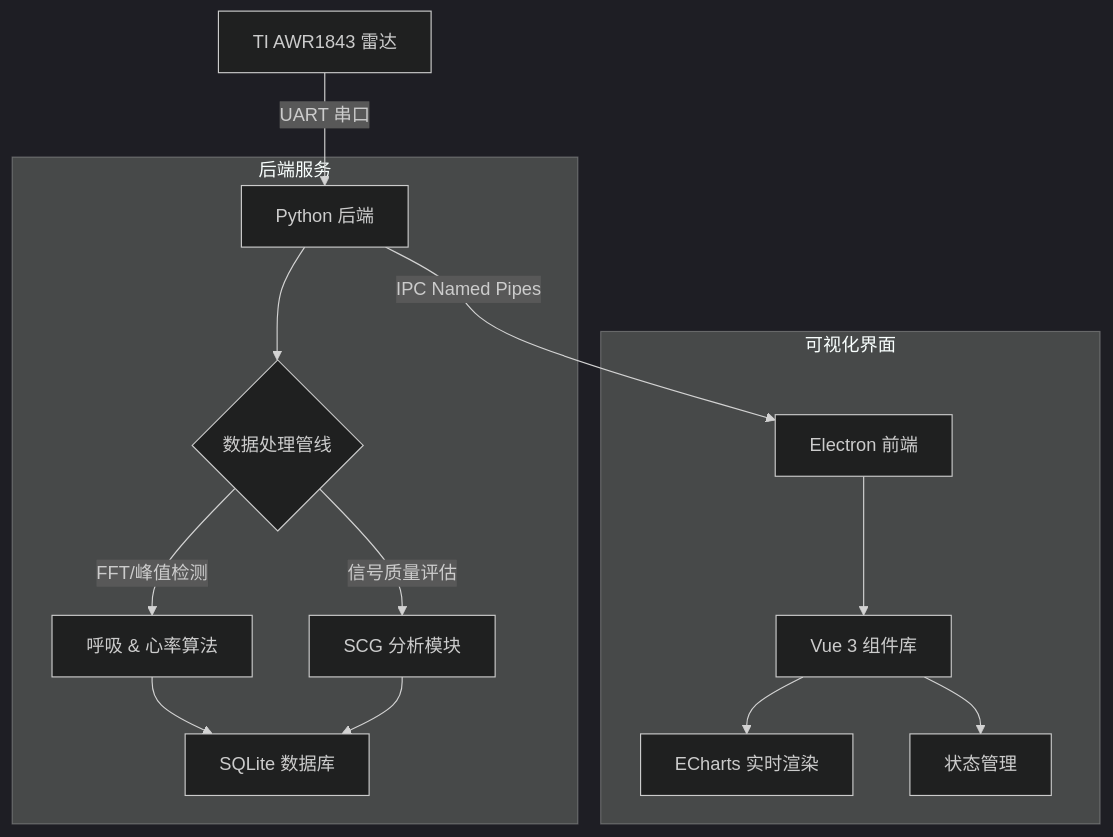
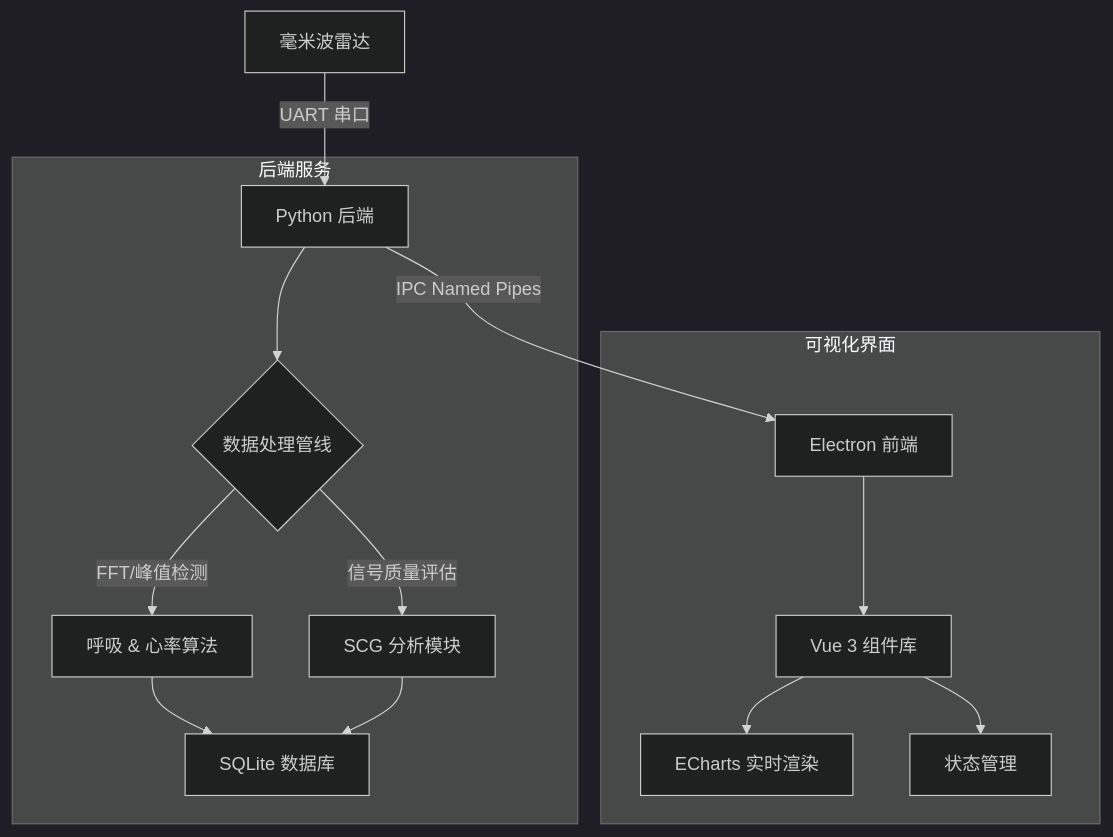
One commit to PINKCONCRETE/Millimeter-wave-Respiratory-and-Heart-Rate-Monitoring-Device changed the diagram in README.md. Above: the diagram before and after it, drawn with Mermaid (dark theme). The commit also changed other lines of this file, not shown here.

````diff
--- a/README.md
+++ b/README.md
@@ -48,17 +48,17 @@
 ```mermaid
 graph TD
-    A[TI AWR1843 雷达] -->|UART 串口| B[Python 后端]
+    A[毫米波雷达] -->|UART 串口| B[Python 后端]
     subgraph Backend [后端服务]
         B --> C{数据处理管线}
         C -->|FFT/峰值检测| D[呼吸 & 心率算法]
         C -->|信号质量评估| E[SCG 分析模块]
         D --> F[SQLite 数据库]
         E --> F
     end
     B -->|IPC Named Pipes| G[Electron 前端]
     subgraph Frontend [可视化界面]
         G --> H[Vue 3 组件库]
         H --> I[ECharts 实时渲染]
         H --> J[状态管理]
     end
 ```
````
